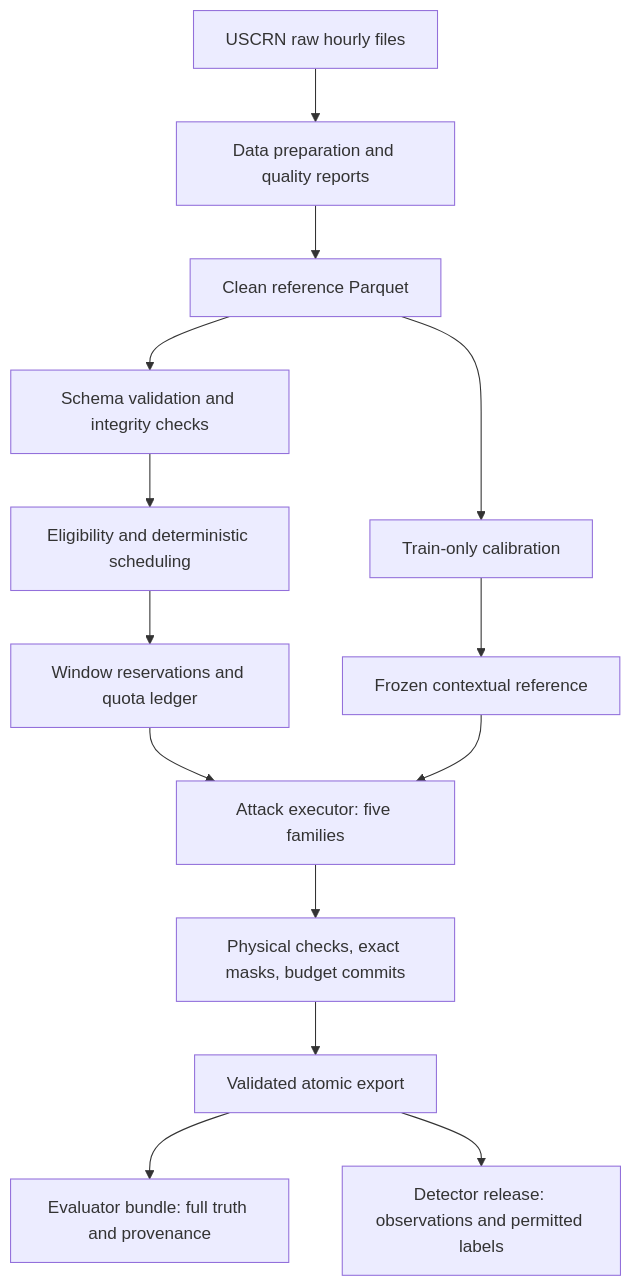
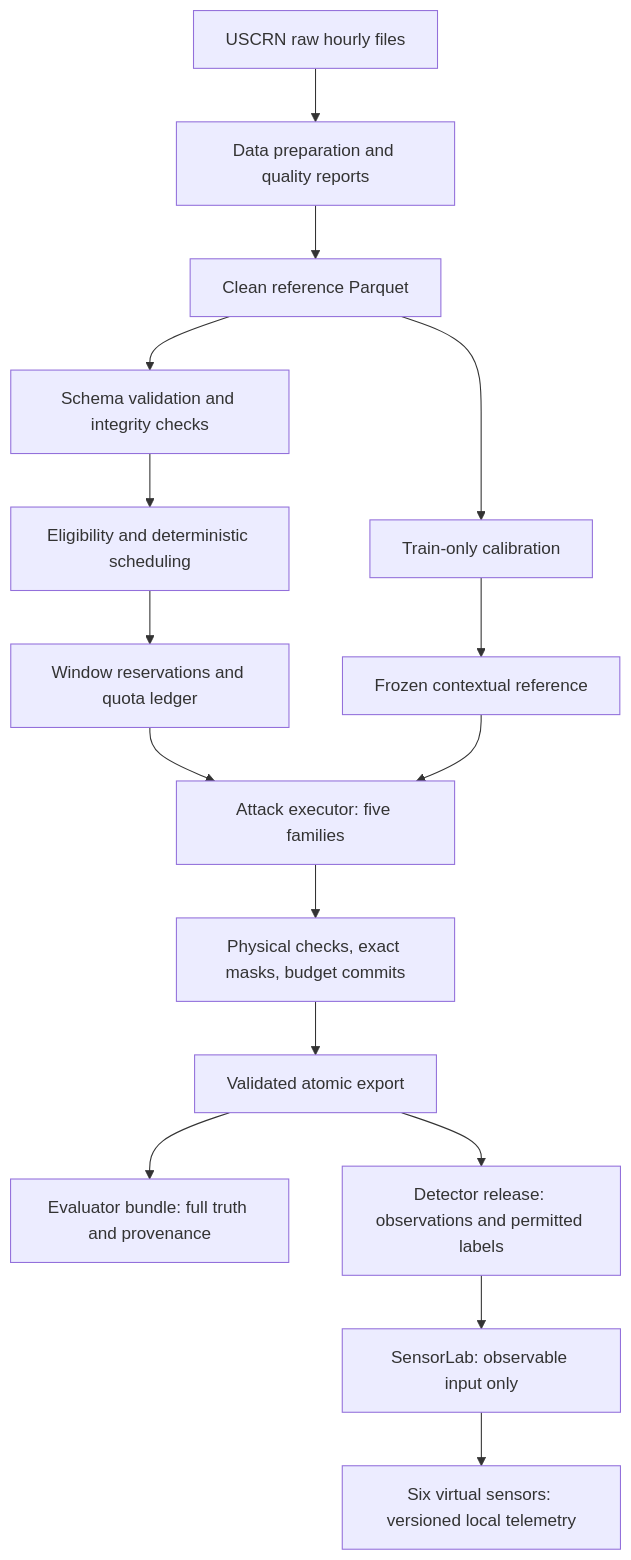
Before and after one commit to mehdi-lakhzouri/CIS-GRSS: the first of 2 diagrams in README.md, drawn with Mermaid. The commit also changed other lines of this file and 52 other files, not shown here.

First line of the commit message:
Add validation results for sensor emulator and identity, including telemetry vectors

````diff
--- a/README.md
+++ b/README.md
@@ -42,16 +44,18 @@
 ```mermaid
 flowchart TD
     A[USCRN raw hourly files] --> B[Data preparation and quality reports]
     B --> C[Clean reference Parquet]
     C --> D[Schema validation and integrity checks]
     D --> E[Eligibility and deterministic scheduling]
     E --> F[Window reservations and quota ledger]
     C --> G[Train-only calibration]
     G --> H[Frozen contextual reference]
     F --> I[Attack executor: five families]
     H --> I
     I --> J[Physical checks, exact masks, budget commits]
     J --> K[Validated atomic export]
     K --> L[Evaluator bundle: full truth and provenance]
     K --> M[Detector release: observations and permitted labels]
+    M --> N[SensorLab: observable input only]
+    N --> O[Six virtual sensors: versioned local telemetry]
 ```
````
